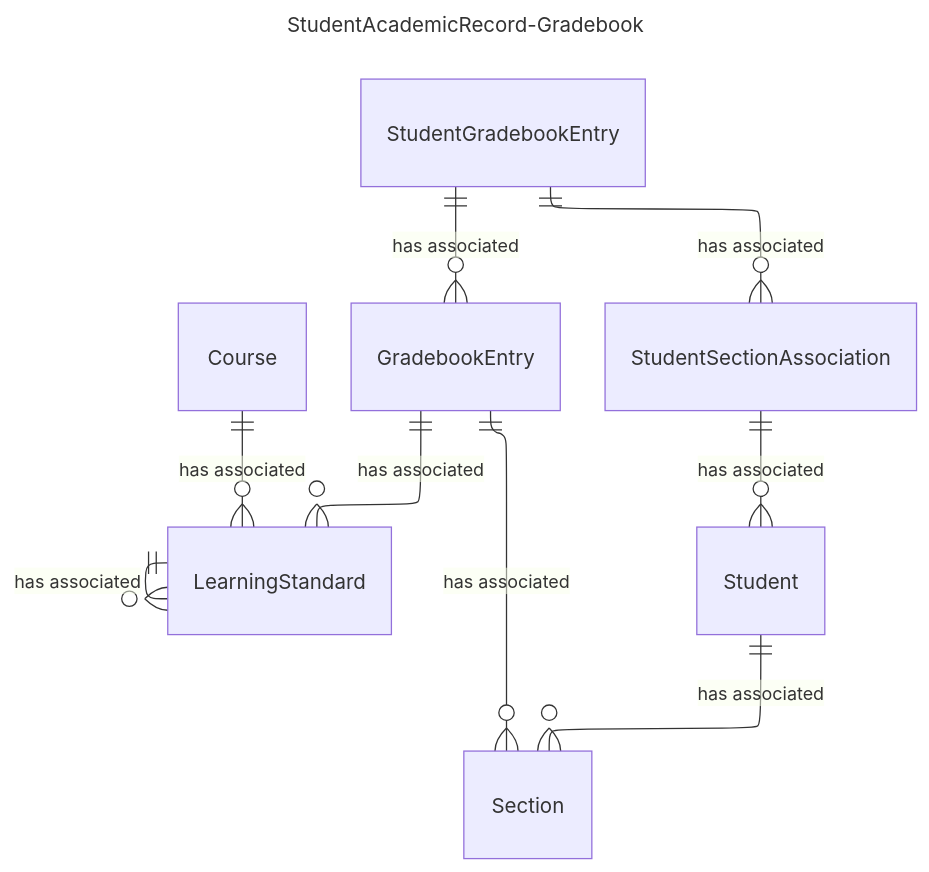
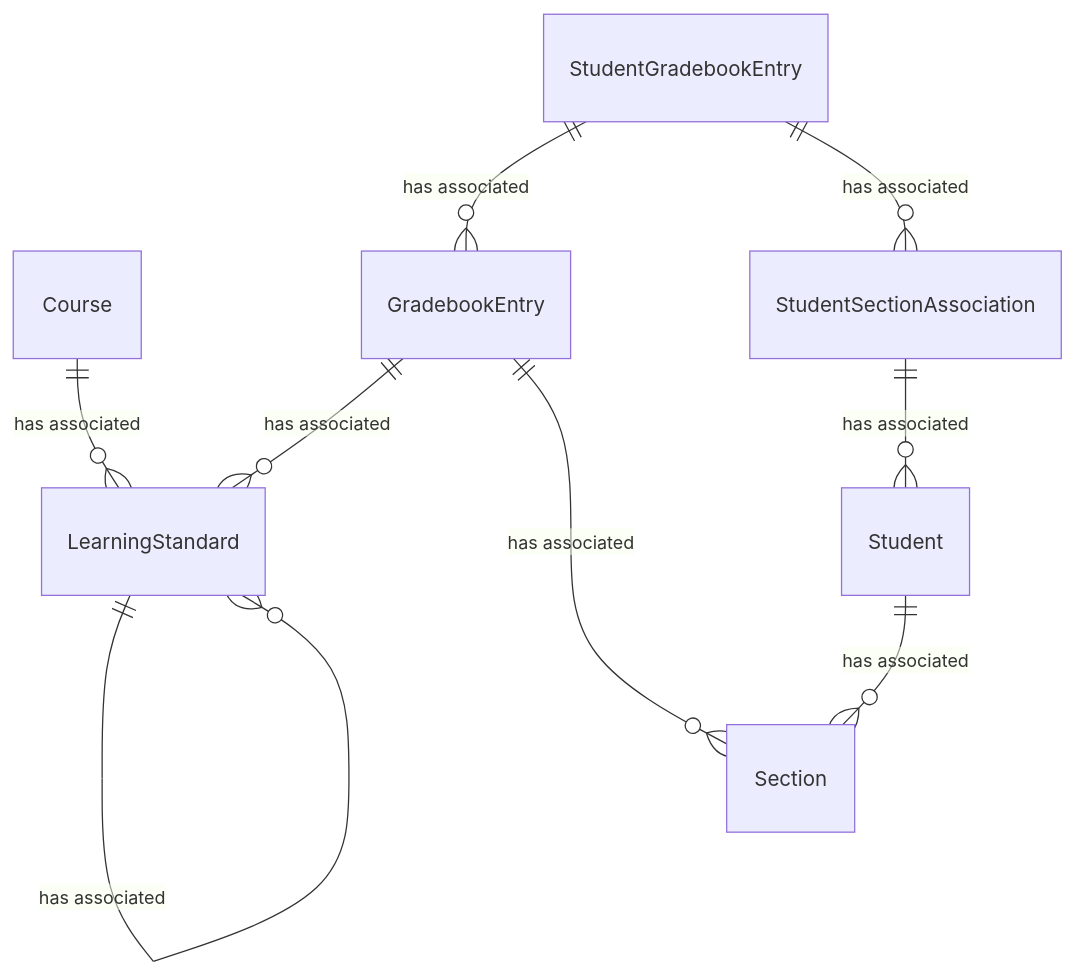
The diagram in dataStandard_versioned_docs/version-6/model-reference/student-academic-record-domain/StudentAcademicRecord-Gradebook-simple.mmd (Ed-Fi-Alliance-OSS/ed-fi-alliance-oss.github.io), drawn with Mermaid before and after one commit. The commit also changed 132 other files, not shown here.

```diff
--- a/dataStandard_versioned_docs/version-6/model-reference/student-academic-record-domain/StudentAcademicRecord-Gradebook-simple.mmd
+++ b/dataStandard_versioned_docs/version-6/model-reference/student-academic-record-domain/StudentAcademicRecord-Gradebook-simple.mmd
@@ -1,28 +1,23 @@
----
-title: StudentAcademicRecord-Gradebook
-config:
-  layout: elk
----
 erDiagram
     Course {
     }
     LearningStandard {
     }
     GradebookEntry {
     }
     StudentGradebookEntry {
     }
     StudentSectionAssociation {
     }
     Section {
     }
     Student {
     }
     Course ||--o{ LearningStandard : "has associated"
     LearningStandard ||--o{ LearningStandard : "has associated"
     GradebookEntry ||--o{ LearningStandard : "has associated"
     GradebookEntry ||--o{ Section : "has associated"
     StudentGradebookEntry ||--o{ GradebookEntry : "has associated"
     StudentGradebookEntry ||--o{ StudentSectionAssociation : "has associated"
     StudentSectionAssociation ||--o{ Student : "has associated"
     Student ||--o{ Section : "has associated"
```
